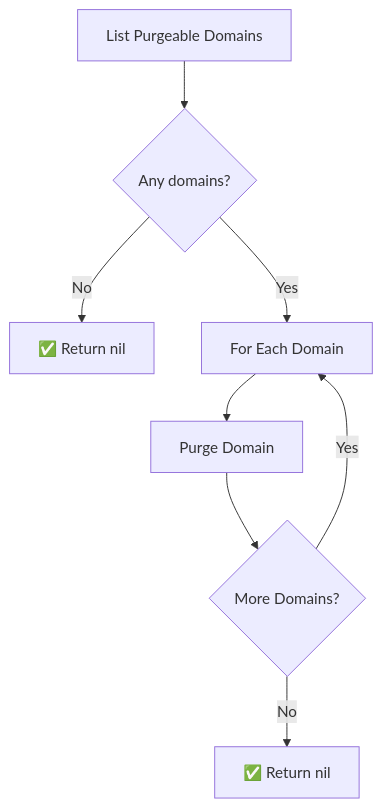
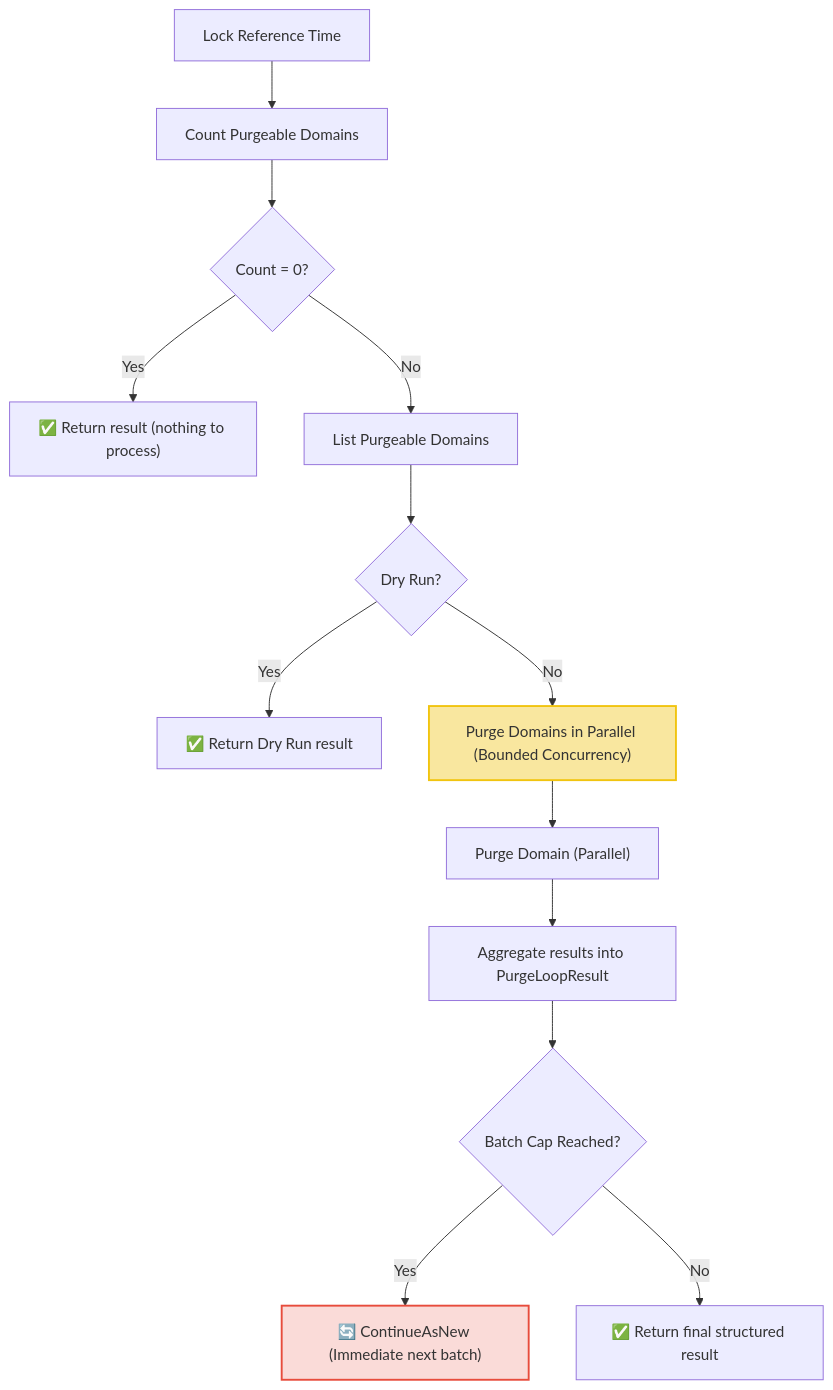
Before and after one commit to onasunnymorning/domain-os: the diagram in internal/application/workflows/purgeLoop.doc.md, drawn with Mermaid. The commit also changed other lines of this file and 85 other files, not shown here.

````diff
--- a/internal/application/workflows/purgeLoop.doc.md
+++ b/internal/application/workflows/purgeLoop.doc.md
@@ -19,10 +19,18 @@
 ```mermaid
 graph TD
-    A["List Purgeable Domains"] --> B{"Any domains?"}
-    B -- No --> DONE1["✅ Return nil"]
-    B -- Yes --> C["For Each Domain"]
-    C --> D["Purge Domain"]
-    D --> E{"More Domains?"}
-    E -- Yes --> C
-    E -- No --> DONE2["✅ Return nil"]
+    A["Lock Reference Time"] --> B["Count Purgeable Domains"]
+    B --> C{"Count = 0?"}
+    C -- Yes --> DONE1["✅ Return result (nothing to process)"]
+    C -- No --> D["List Purgeable Domains"]
+    D --> E{"Dry Run?"}
+    E -- Yes --> DONE2["✅ Return Dry Run result"]
+    E -- No --> F["Purge Domains in Parallel (Bounded Concurrency)"]
+    F --> G["Purge Domain (Parallel)"]
+    G --> H["Aggregate results into PurgeLoopResult"]
+    H --> I{"Batch Cap Reached?"}
+    I -- Yes --> J["🔄 ContinueAsNew (Immediate next batch)"]
+    I -- No --> DONE3["✅ Return final structured result"]
+
+    style F fill:#f9e79f,stroke:#f1c40f,stroke-width:2px
+    style J fill:#fadbd8,stroke:#e74c3c,stroke-width:2px
 ```
````
